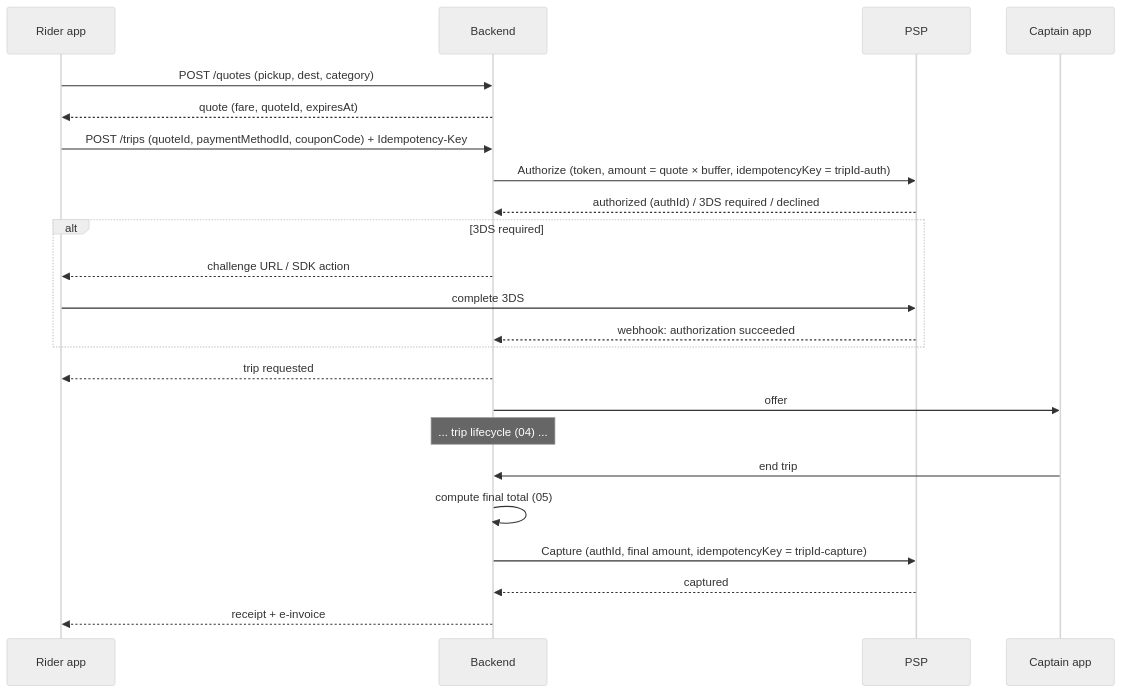
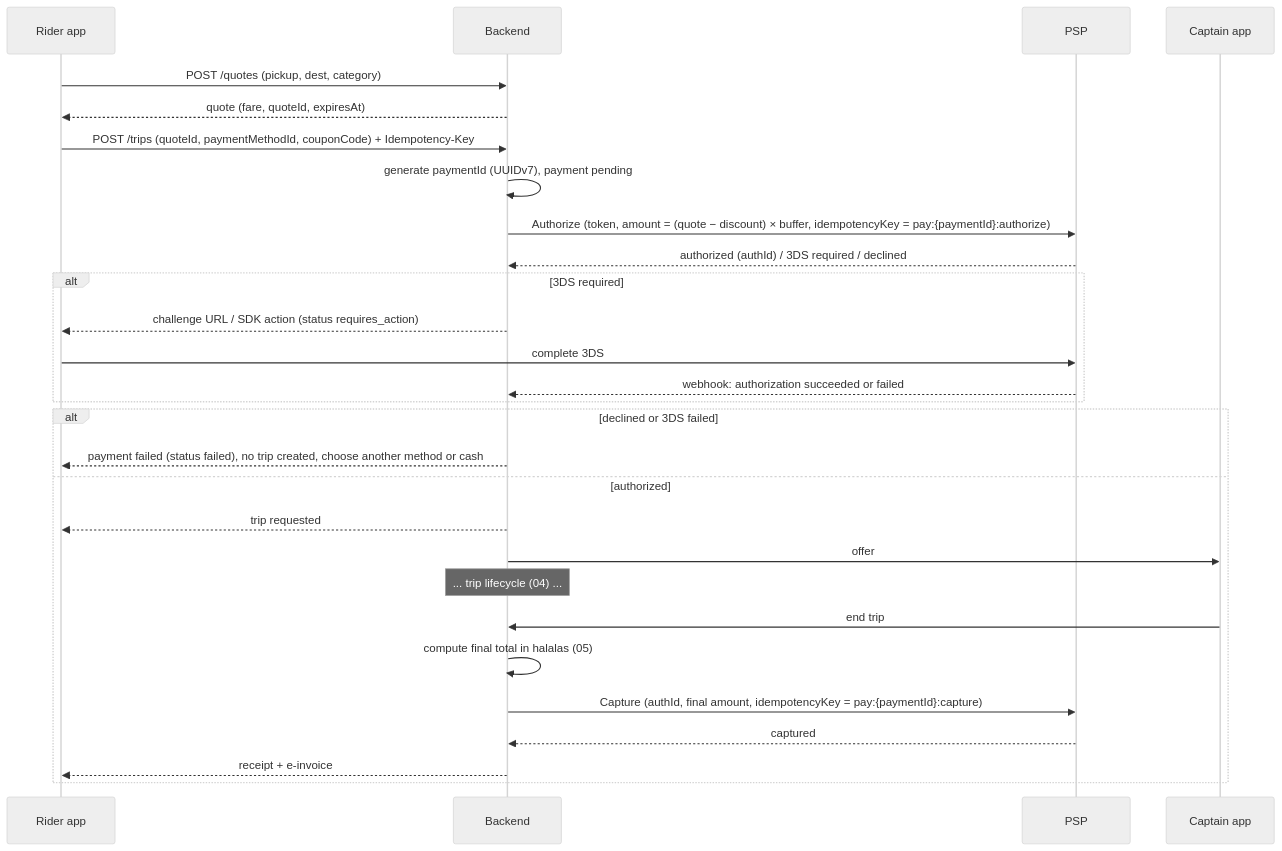
One commit to jksoftwaresolutions/mashwar-prototype changed the first of 2 diagrams in docs/phase1/10-payment-gateway-plan.md. Above: the diagram before and after it, drawn with Mermaid (neutral theme). The commit also changed other lines of this file and 286 other files, not shown here.

````diff
--- a/docs/phase1/10-payment-gateway-plan.md
+++ b/docs/phase1/10-payment-gateway-plan.md
@@ -57,26 +85,31 @@
 ```mermaid
 sequenceDiagram
     participant R as Rider app
     participant B as Backend
     participant P as PSP
     participant C as Captain app
 
     R->>B: POST /quotes (pickup, dest, category)
     B-->>R: quote (fare, quoteId, expiresAt)
     R->>B: POST /trips (quoteId, paymentMethodId, couponCode) + Idempotency-Key
-    B->>P: Authorize (token, amount = quote × buffer, idempotencyKey = tripId-auth)
+    B->>B: generate paymentId (UUIDv7), payment pending
+    B->>P: Authorize (token, amount = (quote − discount) × buffer, idempotencyKey = pay:{paymentId}:authorize)
     P-->>B: authorized (authId) / 3DS required / declined
     alt 3DS required
-        B-->>R: challenge URL / SDK action
+        B-->>R: challenge URL / SDK action (status requires_action)
         R->>P: complete 3DS
-        P-->>B: webhook: authorization succeeded
+        P-->>B: webhook: authorization succeeded or failed
     end
-    B-->>R: trip requested
-    B->>C: offer
-    Note over B: ... trip lifecycle (04) ...
-    C->>B: end trip
-    B->>B: compute final total (05)
-    B->>P: Capture (authId, final amount, idempotencyKey = tripId-capture)
-    P-->>B: captured
-    B-->>R: receipt + e-invoice
+    alt declined or 3DS failed
+        B-->>R: payment failed (status failed), no trip created, choose another method or cash
+    else authorized
+        B-->>R: trip requested
+        B->>C: offer
+        Note over B: ... trip lifecycle (04) ...
+        C->>B: end trip
+        B->>B: compute final total in halalas (05)
+        B->>P: Capture (authId, final amount, idempotencyKey = pay:{paymentId}:capture)
+        P-->>B: captured
+        B-->>R: receipt + e-invoice
+    end
 ```
````
